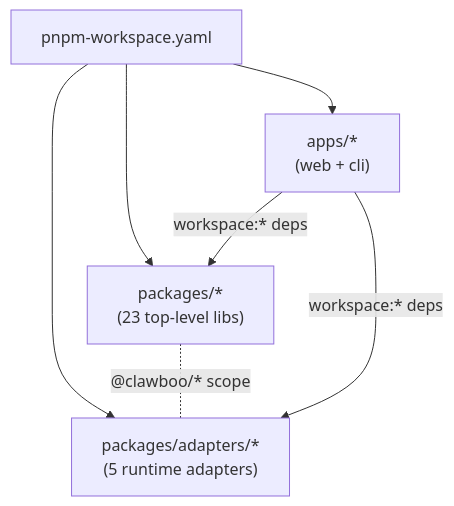
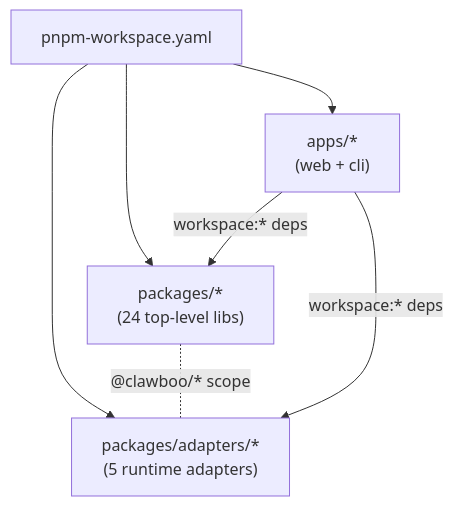
One commit to clawboo/clawboo changed the first of 2 diagrams in docs/internals/monorepo-and-build.md. Above: the diagram before and after it, drawn with Mermaid. The commit also changed other lines of this file and 32 other files, not shown here.

````diff
--- a/docs/internals/monorepo-and-build.md
+++ b/docs/internals/monorepo-and-build.md
@@ -46,10 +46,10 @@
 ```mermaid
 graph TD
   root["pnpm-workspace.yaml"]
-  root --> p["packages/*<br/>(23 top-level libs)"]
+  root --> p["packages/*<br/>(24 top-level libs)"]
   root --> a["packages/adapters/*<br/>(5 runtime adapters)"]
   root --> apps["apps/*<br/>(web + cli)"]
   p -. "@clawboo/* scope" .- a
   apps -- "workspace:* deps" --> p
   apps -- "workspace:* deps" --> a
 ```
````
